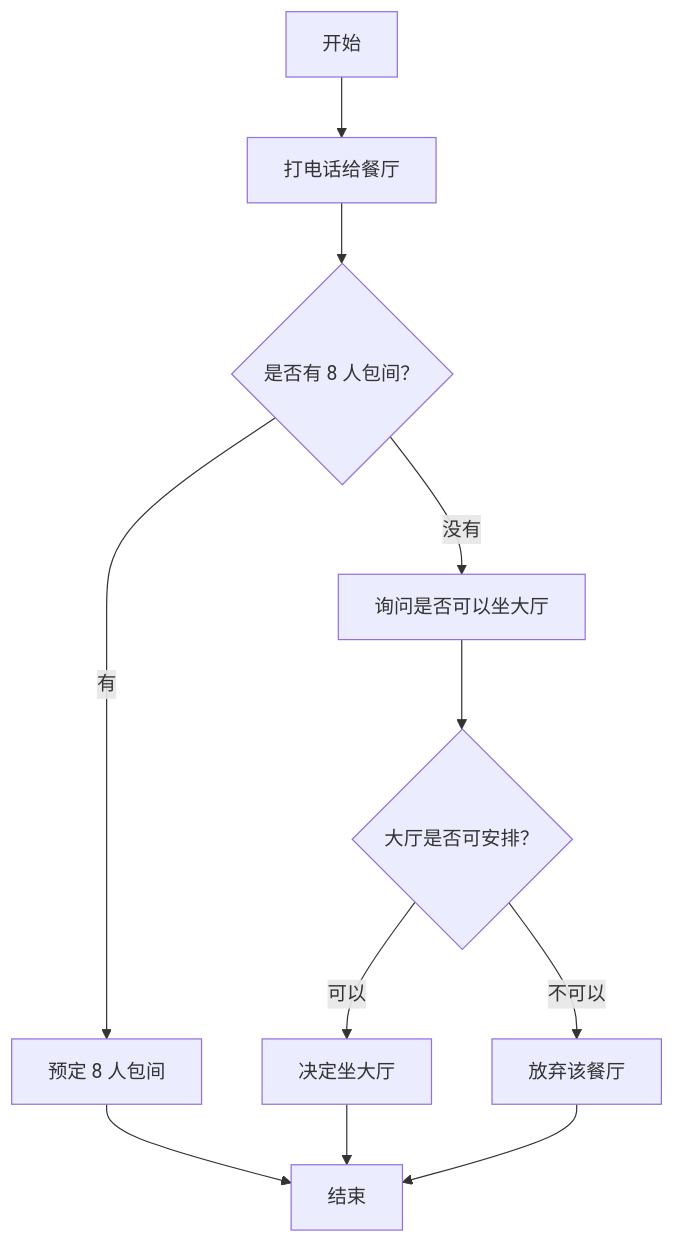
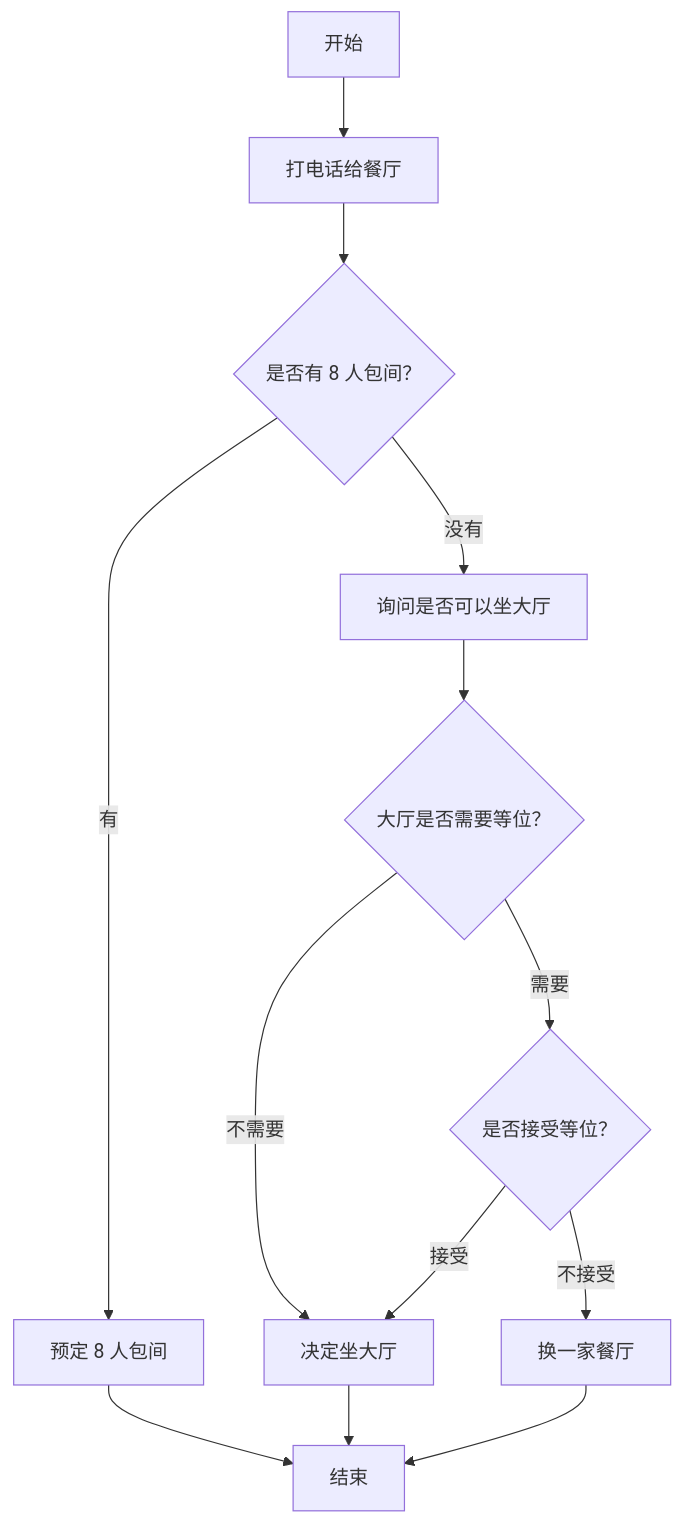
Before and after one commit to LiShuai1025/markdown: the diagram in decision.md, drawn with Mermaid.

````diff
--- a/decision.md
+++ b/decision.md
@@ -1,18 +1,20 @@
 ```mermaid
 flowchart TD
     A[开始] --> B[打电话给餐厅]
     B --> C{是否有 8 人包间？}
 
     C -- 有 --> D[预定 8 人包间]
     D --> E[结束]
 
     C -- 没有 --> F[询问是否可以坐大厅]
-    F --> G{大厅是否可安排？}
+    F --> G{大厅是否需要等位？}
 
-    G -- 可以 --> H[决定坐大厅]
+    G -- 不需要 --> H[决定坐大厅]
     H --> E
 
-    G -- 不可以 --> I[放弃该餐厅]
-    I --> E
+    G -- 需要 --> I{是否接受等位？}
+    I -- 接受 --> H
+    I -- 不接受 --> J[换一家餐厅]
+    J --> E
 
 ```
````
